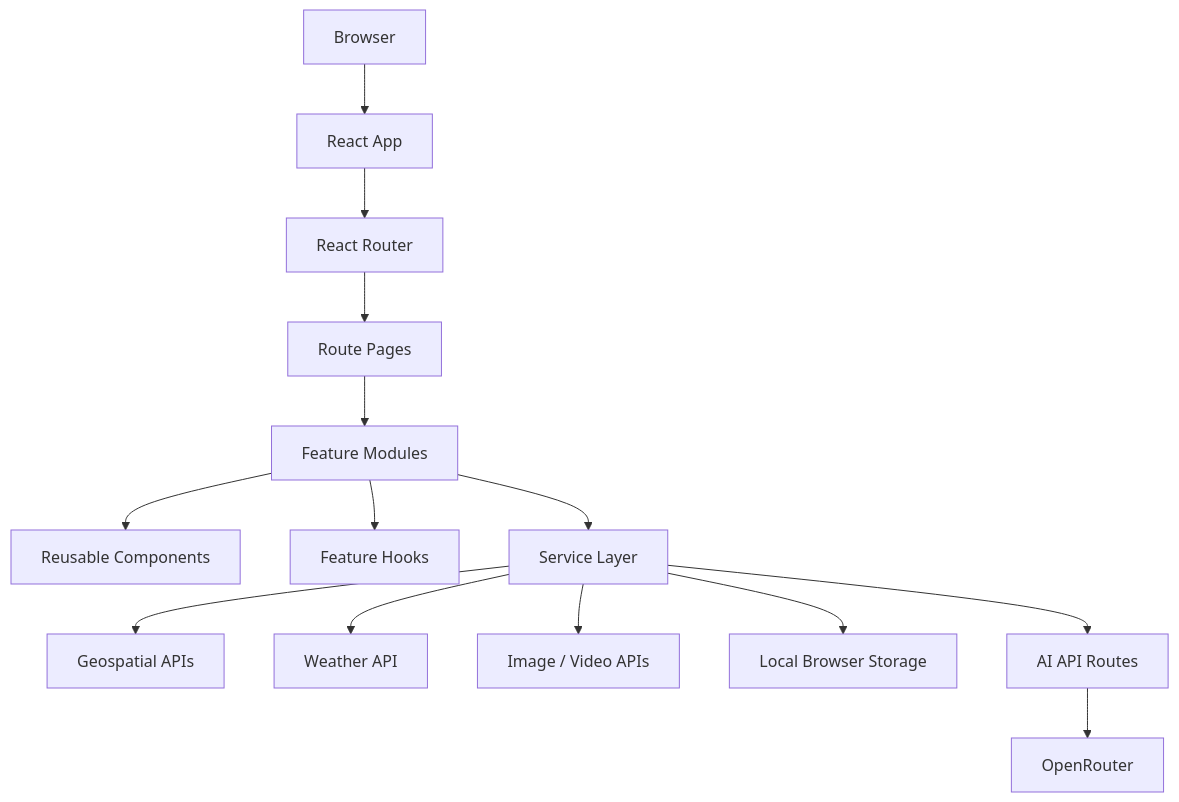
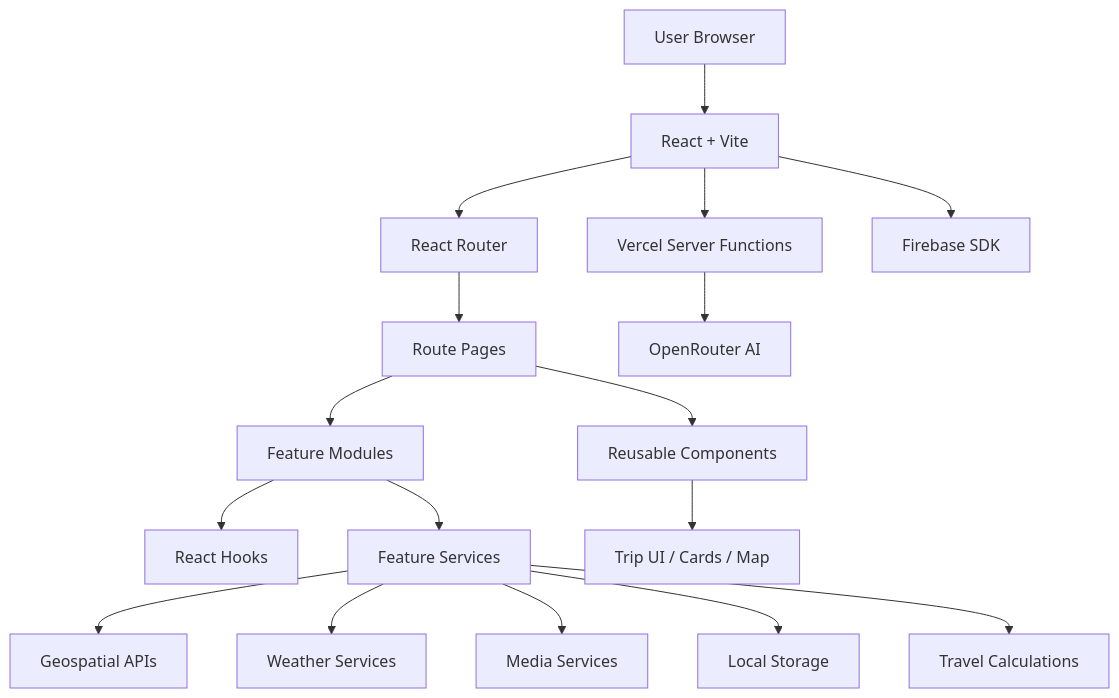
Before and after one commit to ayushydv1805/TripDNA-AI: the second of 4 diagrams in README.md, drawn with Mermaid. The commit also changed other lines of this file, not shown here.

Commit message:
docs: create complete TripDNA AI README with architecture diagrams

````diff
--- a/README.md
+++ b/README.md
@@ -27,19 +203,27 @@
-```mermaid
+~~~mermaid
 flowchart TD
-    Browser[Browser] --> App[React App]
-    App --> Router[React Router]
+    Browser[User Browser]
+
+    Browser --> React[React + Vite]
+    React --> Router[React Router]
+
     Router --> Pages[Route Pages]
     Pages --> Features[Feature Modules]
+    Pages --> Components[Reusable Components]
 
-    Features --> Components[Reusable Components]
-    Features --> Hooks[Feature Hooks]
-    Features --> Services[Service Layer]
+    Features --> Hooks[React Hooks]
+    Features --> FeatureServices[Feature Services]
 
-    Services --> Geo[Geospatial APIs]
-    Services --> Weather[Weather API]
-    Services --> Media[Image / Video APIs]
-    Services --> Storage[Local Browser Storage]
-    Services --> AI[AI API Routes]
+    FeatureServices --> Geospatial[Geospatial APIs]
+    FeatureServices --> Weather[Weather Services]
+    FeatureServices --> Media[Media Services]
+    FeatureServices --> Storage[Local Storage]
+    FeatureServices --> Travel[Travel Calculations]
 
-    AI --> OpenRouter[OpenRouter]
-```
+    Components --> UI[Trip UI / Cards / Map]
+
+    React --> API[Vercel Server Functions]
+    API --> OpenRouter[OpenRouter AI]
+
+    React --> Firebase[Firebase SDK]
+~~~
````
